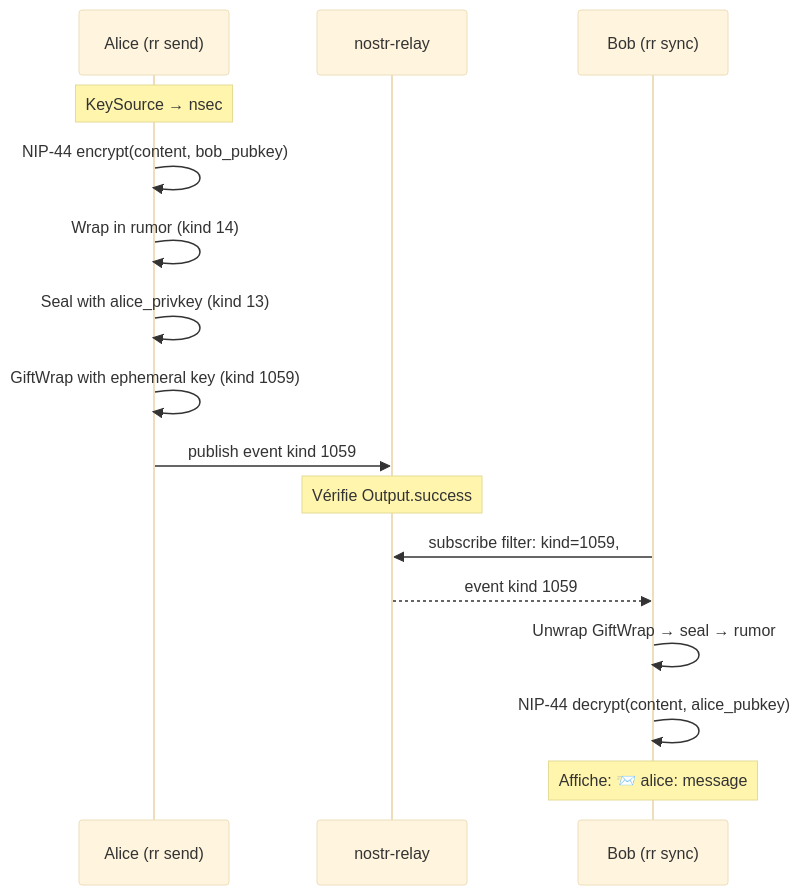
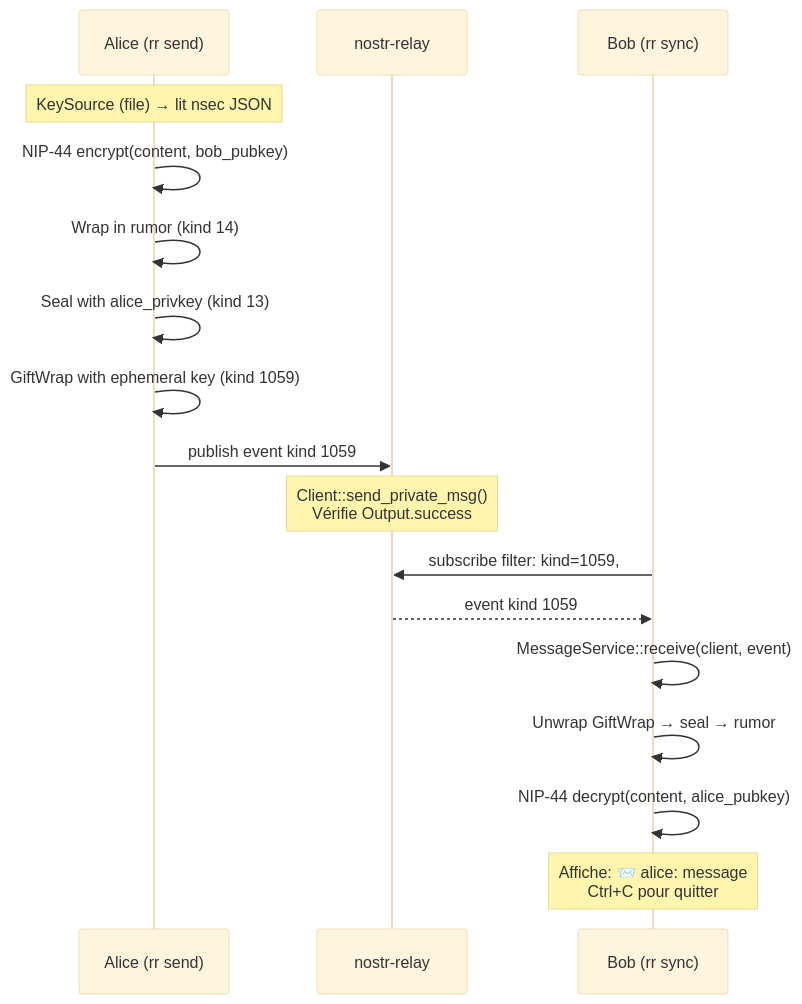
One commit to giak/reseau-racine changed the fifth of 13 diagrams in docs/ARCHITECTURE.md. Above: the diagram before and after it, drawn with Mermaid (base theme). The commit also changed other lines of this file, not shown here.

Commit message:
docs: full ARCHITECTURE.md — all epics, CI, devcontainer, fuzz, identity lifecycle

````diff
--- a/docs/ARCHITECTURE.md
+++ b/docs/ARCHITECTURE.md
@@ -45,20 +158,21 @@
 ```mermaid
 sequenceDiagram
     participant A as Alice (rr send)
     participant RELAY as nostr-relay
     participant B as Bob (rr sync)
 
-    Note over A: KeySource → nsec
+    Note over A: KeySource (file) → lit nsec JSON
     A->>A: NIP-44 encrypt(content, bob_pubkey)
     A->>A: Wrap in rumor (kind 14)
     A->>A: Seal with alice_privkey (kind 13)
     A->>A: GiftWrap with ephemeral key (kind 1059)
     A->>RELAY: publish event kind 1059
-    Note over RELAY: Vérifie Output.success
+    Note over RELAY: Client::send_private_msg()<br/>Vérifie Output.success
 
     B->>RELAY: subscribe filter: kind=1059, #p=bob_pubkey
     RELAY-->>B: event kind 1059
+    B->>B: MessageService::receive(client, event)
     B->>B: Unwrap GiftWrap → seal → rumor
     B->>B: NIP-44 decrypt(content, alice_pubkey)
-    Note over B: Affiche: 📨 alice: message
+    Note over B: Affiche: 📨 alice: message<br/>Ctrl+C pour quitter
 ```
````
